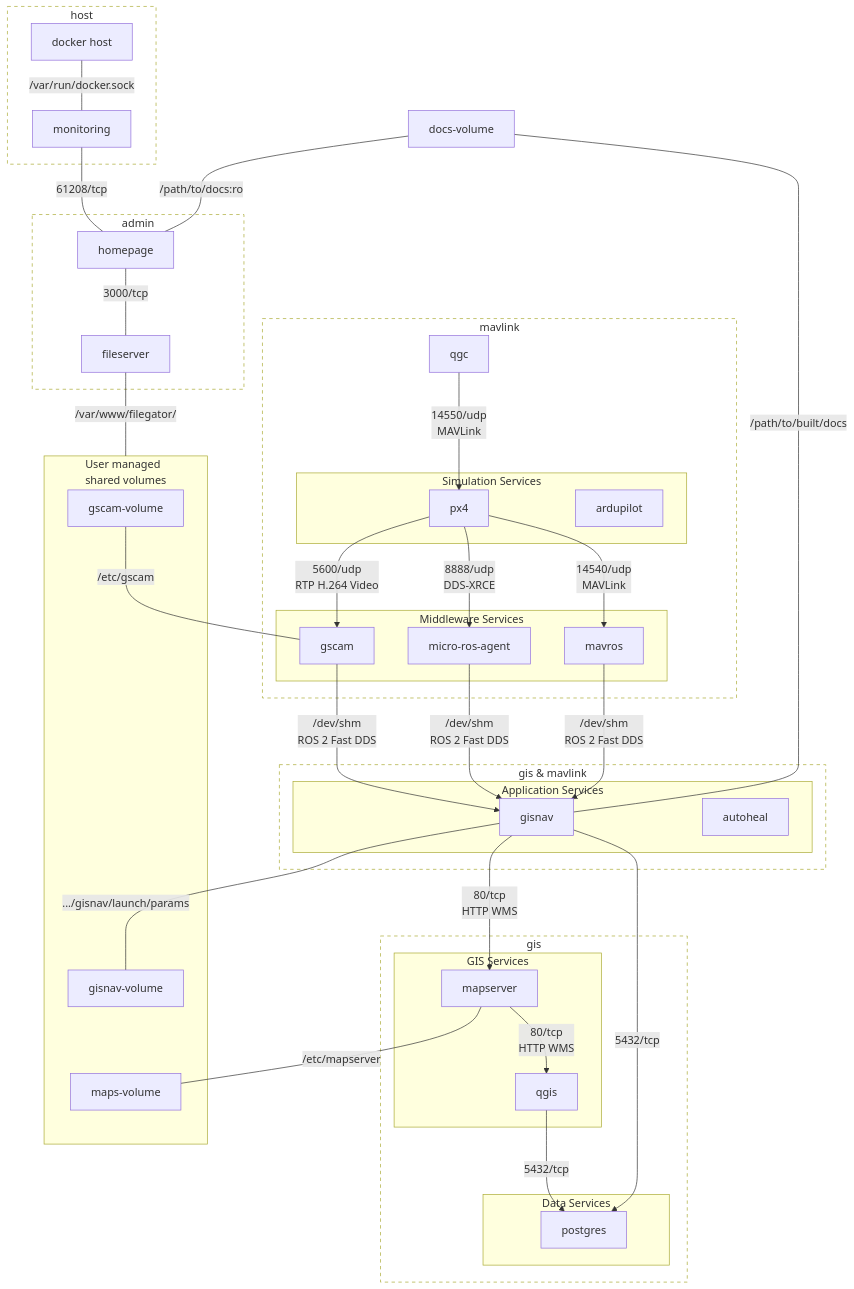
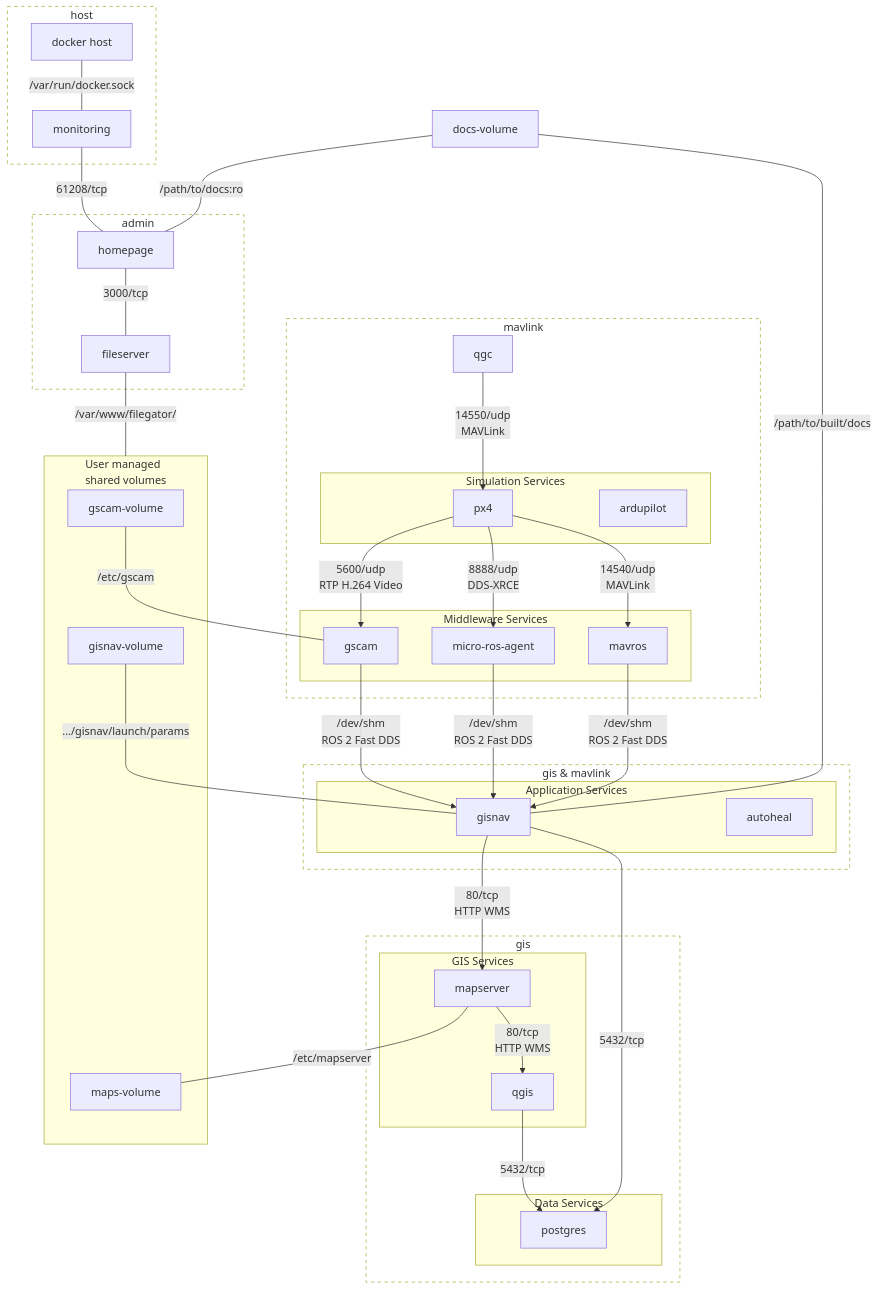
The diagram in docker/DOCKER.rst (hmakelin/gisnav), drawn with Mermaid before and after one commit.

Commit message:
Minor diagram layout improvement [skip ci]

```diff
--- a/docker/DOCKER.rst
+++ b/docker/DOCKER.rst
@@ -34,75 +34,75 @@
 .. mermaid::
 
     graph TD
         subgraph mavlink ["mavlink"]
             mavlink_qgc[qgc]
             subgraph simulation ["Simulation Services"]
                 simulation_px4[px4]
                 simulation_ardupilot[ardupilot]
             end
             subgraph middleware ["Middleware Services"]
                 middleware_mavros[mavros]
                 middleware_micro_ros_agent[micro-ros-agent]
                 middleware_gscam[gscam]
             end
         end
 
         subgraph gis_mavlink ["gis & mavlink"]
             subgraph application ["Application Services"]
                 application_gisnav[gisnav]
                 application_autoheal[autoheal]
             end
         end
         subgraph gis ["gis"]
             subgraph gis_services ["GIS Services"]
                 gis_mapserver[mapserver]
                 gis_qgis[qgis]
             end
             subgraph data_services ["Data Services"]
                 gis_postgres[postgres]
             end
         end
 
         subgraph admin ["admin"]
             homepage[homepage]
             fileserver[fileserver]
         end
 
         subgraph volumes ["User managed\nshared volumes"]
             gscam_volume[gscam-volume]
             gis_maps_volume[maps-volume]
             application_gisnav_volume[gisnav-volume]
         end
         application_docs_volume[docs-volume]
 
         mavlink_qgc -->|14550/udp\nMAVLink| simulation_px4
         simulation_px4 -->|14540/udp\nMAVLink| middleware_mavros
         simulation_px4 -->|8888/udp\nDDS-XRCE | middleware_micro_ros_agent
         simulation_px4 -->|5600/udp\nRTP H.264 Video| middleware_gscam
         middleware_mavros -->|/dev/shm\nROS 2 Fast DDS| application_gisnav
         middleware_micro_ros_agent -->|/dev/shm\nROS 2 Fast DDS| application_gisnav
         middleware_gscam -->|/dev/shm\nROS 2 Fast DDS| application_gisnav
         application_gisnav -->|5432/tcp| gis_postgres
 
         application_gisnav -->|80/tcp\nHTTP WMS| gis_mapserver
         gis_mapserver -->|80/tcp\nHTTP WMS| gis_qgis
         gis_qgis -->|5432/tcp| gis_postgres
         gis_mapserver ---|/etc/mapserver| gis_maps_volume
-        application_gisnav ---|.../gisnav/launch/params| application_gisnav_volume
+        application_gisnav_volume ---|.../gisnav/launch/params| application_gisnav
         application_docs_volume ---|/path/to/built/docs| application_gisnav
         homepage ---|3000/tcp| fileserver
         fileserver ---|"/var/www/filegator/"| volumes
         gscam_volume ---|/etc/gscam| middleware_gscam
 
         application_docs_volume ---|/path/to/docs:ro| homepage
 
         subgraph host ["host"]
             monitoring["monitoring"]
             docker_host["docker host"]
         end
 
         monitoring ---|61208/tcp| homepage
         docker_host ---|/var/run/docker.sock| monitoring
 
         classDef network fill:transparent,stroke-dasharray:5 5;
         class mavlink,gis,gis_mavlink,admin,admin_gis,host network
```
